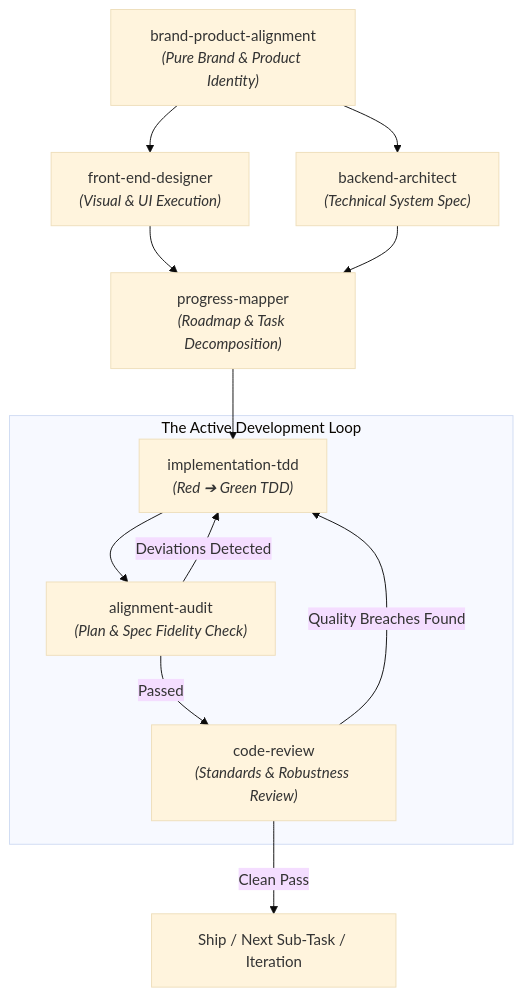
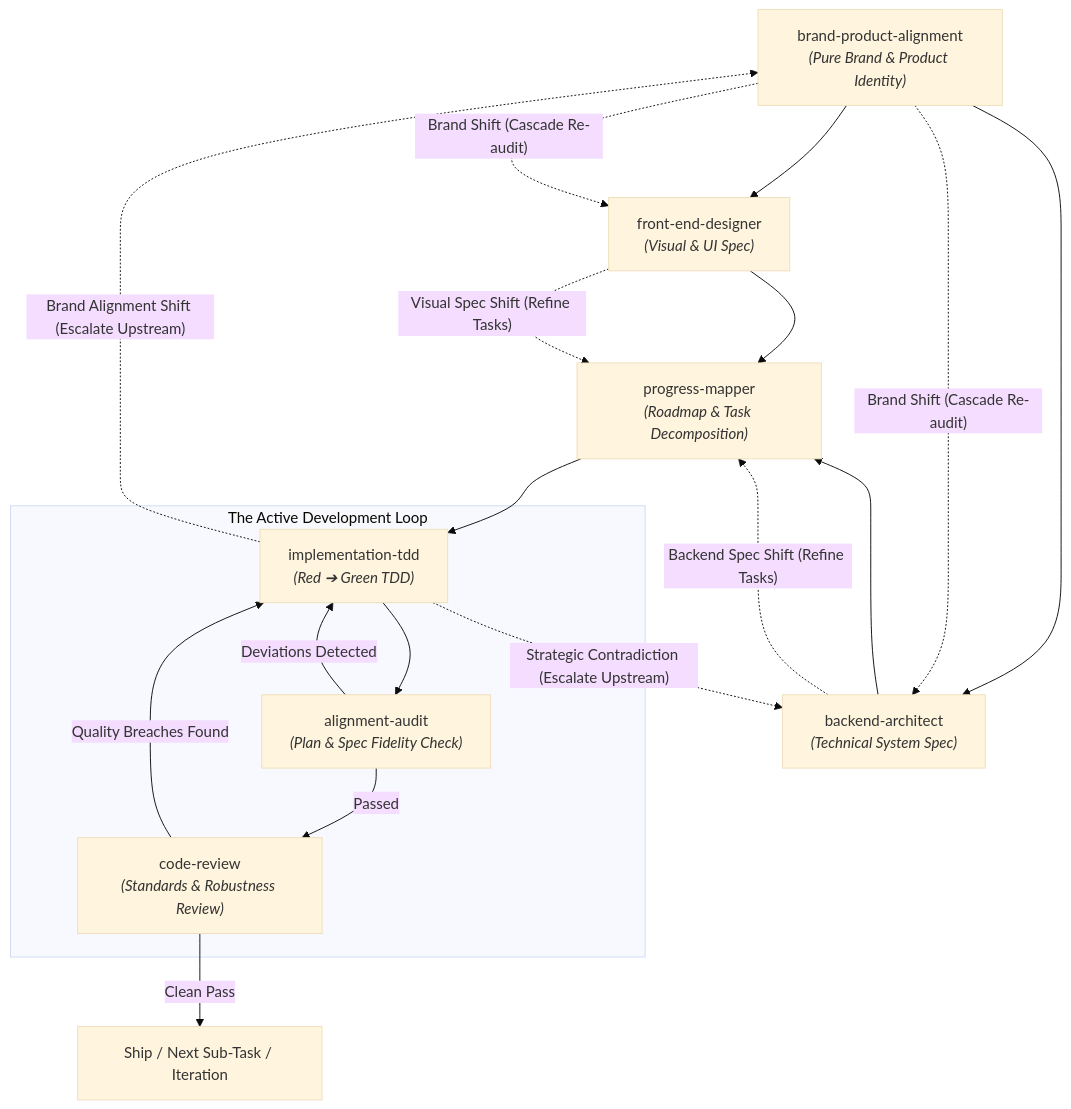
The diagram in .agents/skills/agentic-dev-loop/SKILL.md (dimsedra/moatcraft-skills), drawn with Mermaid (base theme) before and after one commit. The commit also changed other lines of this file and 1 other file, not shown here.

Commit message:
feat: add Upstream Cascade & Mid-Flight Re-alignment Protocol and bi-directional escalation pathways to agentic-dev-loop and README.md

````diff
--- a/.agents/skills/agentic-dev-loop/SKILL.md
+++ b/.agents/skills/agentic-dev-loop/SKILL.md
@@ -14,19 +14,29 @@
 ```mermaid
 flowchart TD
-    A["brand-product-alignment<br/><i>(Pure Brand & Product Identity)</i>"] --> B1["front-end-designer<br/><i>(Visual & UI Execution)</i>"]
+    A["brand-product-alignment<br/><i>(Pure Brand & Product Identity)</i>"] --> B1["front-end-designer<br/><i>(Visual & UI Spec)</i>"]
     A --> B2["backend-architect<br/><i>(Technical System Spec)</i>"]
     
     B1 --> MAP["progress-mapper<br/><i>(Roadmap & Task Decomposition)</i>"]
     B2 --> MAP
+    
+    %% Upstream Cascade & Escalation Pathways
+    A -. "Brand Shift (Cascade Re-audit)" .-> B1
+    A -. "Brand Shift (Cascade Re-audit)" .-> B2
+    B2 -. "Backend Spec Shift (Refine Tasks)" .-> MAP
+    B1 -. "Visual Spec Shift (Refine Tasks)" .-> MAP
     
     MAP --> TDD["implementation-tdd<br/><i>(Red ➔ Green TDD)</i>"]
     
     subgraph Active_Development_Loop ["The Active Development Loop"]
         TDD --> AUDIT["alignment-audit<br/><i>(Plan & Spec Fidelity Check)</i>"]
         AUDIT -- "Deviations Detected" --> TDD
         AUDIT -- "Passed" --> REVIEW["code-review<br/><i>(Standards & Robustness Review)</i>"]
         REVIEW -- "Quality Breaches Found" --> TDD
     end
     
     REVIEW -- "Clean Pass" --> SHIP["Ship / Next Sub-Task / Iteration"]
+    
+    %% Strategic Escalation Pathways
+    TDD -. "Strategic Contradiction (Escalate Upstream)" .-> B2
+    TDD -. "Brand Alignment Shift (Escalate Upstream)" .-> A
 ```
````
